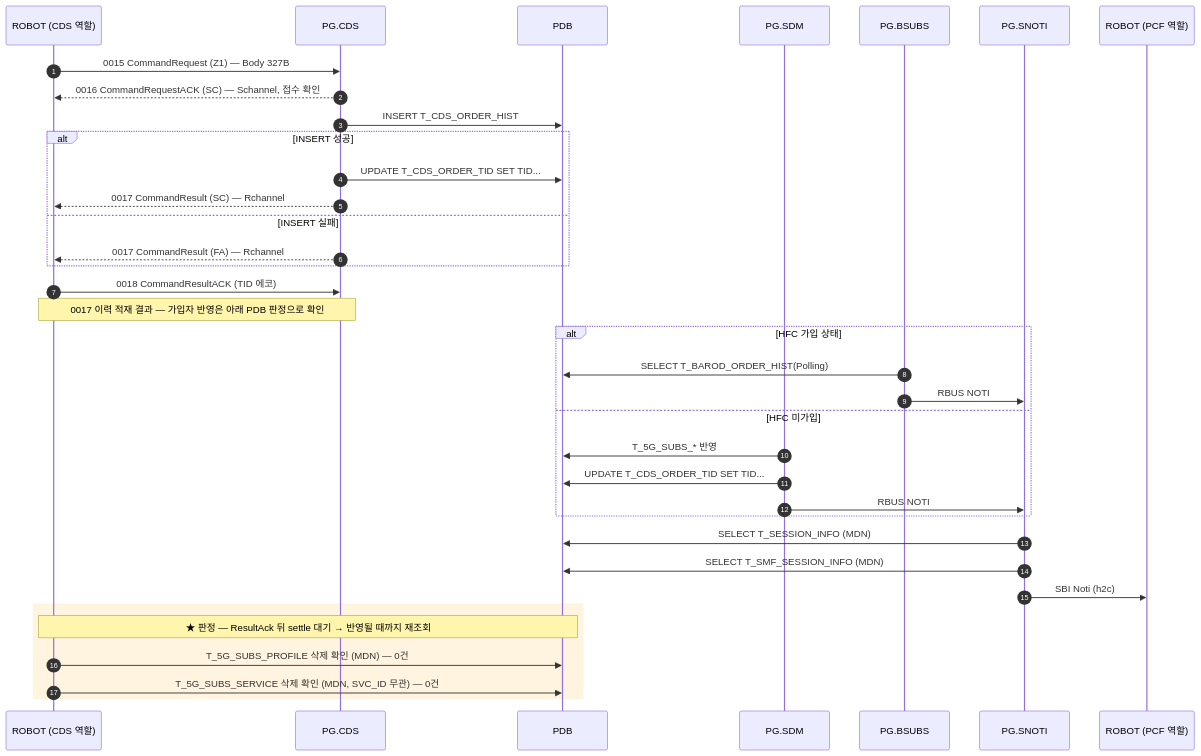
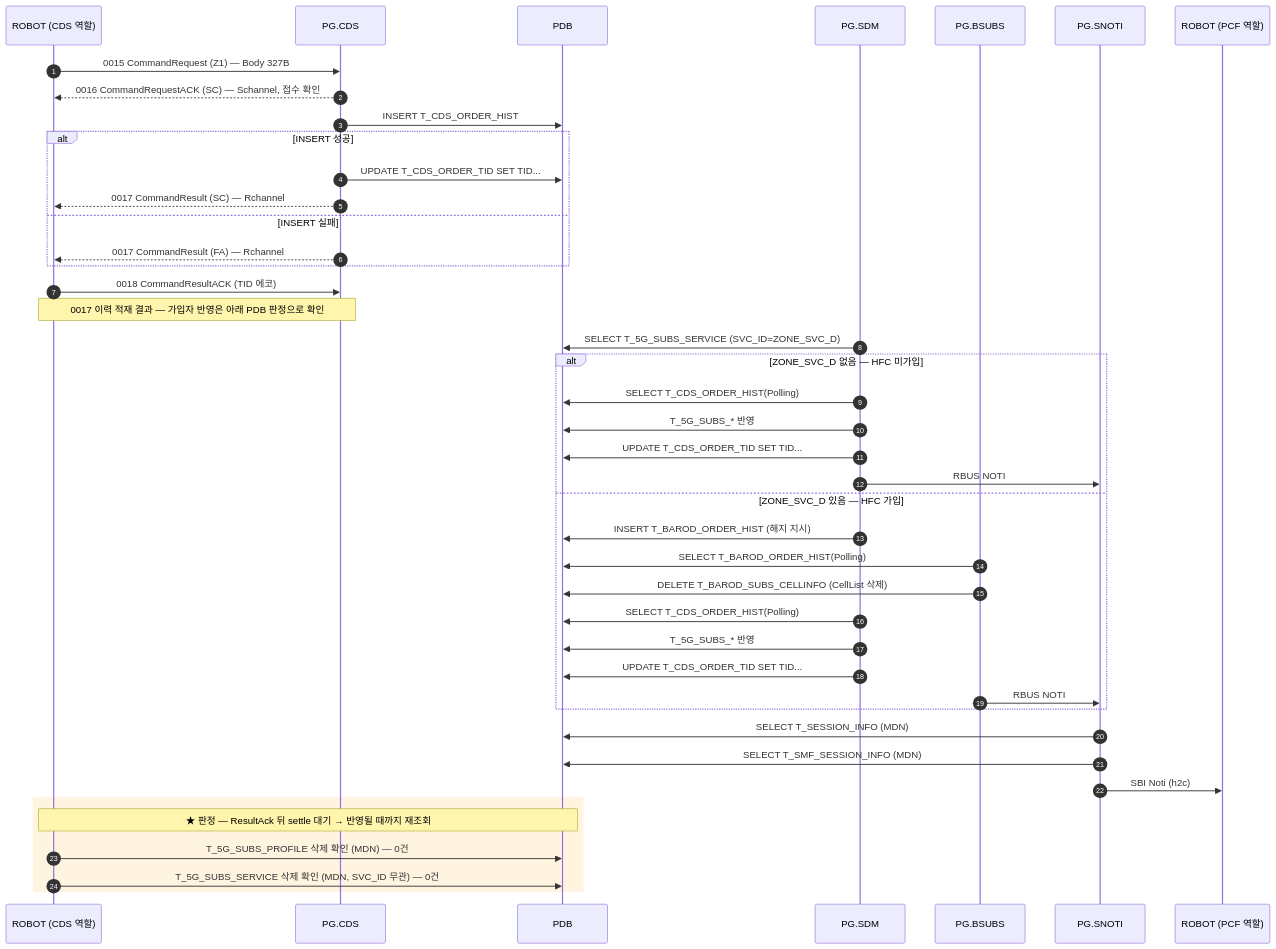
Before and after one commit to IanKim2030/tc4robot: the diagram in docs/callflow/CDS_Z1.md, drawn with Mermaid. The commit also changed other lines of this file and 1 other file, not shown here.

Commit message:
docs: Z1 에 HFC Cell 정리 분기를 그린다
Z1(가입해지)이 일반 BSUBS/SDM 분기를 쓰고 있었는데, 실제로는 HFC 가
붙어 있으면 Cell 정보까지 지워야 끝난다. 분기 판정 자체가 ZONE_SVC_D
조회다.

    SDM->>PDB: SELECT T_5G_SUBS_SERVICE (SVC_ID=ZONE_SVC_D)
    alt ZONE_SVC_D 없음 — HFC 미가입
        (SDM 3단계) → SDM->>SNOTI: RBUS NOTI
    else ZONE_SVC_D 있음 — HFC 가입
        SDM->>PDB:   INSERT T_BAROD_ORDER_HIST (해지 지시)
        BSUBS->>PDB: SELECT T_BAROD_ORDER_HIST(Polling)
        BSUBS->>PDB: DELETE T_BAROD_SUBS_CELLINFO (CellList 삭제)
        (SDM 3단계) → BSUBS->>SNOTI: RBUS NOTI
    end

Cell 정리를 **먼저** 끝내고 가입자 테이블을 지운다. 순서가 뒤집히면
ZONE_SVC_D 가 먼저 사라져 BSUBS 가 지울 대상을 잃는다. 그래서 SDM
3단계는 양쪽 분기에서 정확히 한 번씩이다.

Z1 만 특수 분기이고 같은 규칙을 쓰는 C1/G1/D3 은 일반 분기 그대로다
(해지가 아니라 변경이라 Cell 정리가 딸려 오지 않는다).

mermaid 21블록 파싱 문제 0건.

````diff
--- a/docs/callflow/CDS_Z1.md
+++ b/docs/callflow/CDS_Z1.md
@@ -17,40 +17,47 @@
 ```mermaid
 sequenceDiagram
     autonumber
     participant TOOL as ROBOT (CDS 역할)
     participant PCDS as PG.CDS
     participant PDB as PDB
     participant SDM as PG.SDM
     participant BSUBS as PG.BSUBS
     participant SNOTI as PG.SNOTI
     participant PCF as ROBOT (PCF 역할)
 
     TOOL->>PCDS: 0015 CommandRequest (Z1) — Body 327B
     PCDS-->>TOOL: 0016 CommandRequestACK (SC) — Schannel, 접수 확인
     PCDS->>PDB: INSERT T_CDS_ORDER_HIST
     alt INSERT 성공
         PCDS->>PDB: UPDATE T_CDS_ORDER_TID SET TID...
         PCDS-->>TOOL: 0017 CommandResult (SC) — Rchannel
     else INSERT 실패
         PCDS-->>TOOL: 0017 CommandResult (FA) — Rchannel
     end
     TOOL->>PCDS: 0018 CommandResultACK (TID 에코)
     Note over TOOL,PCDS: 0017 이력 적재 결과 — 가입자 반영은 아래 PDB 판정으로 확인
 
-    alt HFC 가입 상태
-        BSUBS->>PDB: SELECT T_BAROD_ORDER_HIST(Polling)
-        BSUBS->>SNOTI: RBUS NOTI
-    else HFC 미가입
+    SDM->>PDB: SELECT T_5G_SUBS_SERVICE (SVC_ID=ZONE_SVC_D)
+    alt ZONE_SVC_D 없음 — HFC 미가입
+        SDM->>PDB: SELECT T_CDS_ORDER_HIST(Polling)
         SDM->>PDB: T_5G_SUBS_* 반영
         SDM->>PDB: UPDATE T_CDS_ORDER_TID SET TID...
         SDM->>SNOTI: RBUS NOTI
+    else ZONE_SVC_D 있음 — HFC 가입
+        SDM->>PDB: INSERT T_BAROD_ORDER_HIST (해지 지시)
+        BSUBS->>PDB: SELECT T_BAROD_ORDER_HIST(Polling)
+        BSUBS->>PDB: DELETE T_BAROD_SUBS_CELLINFO (CellList 삭제)
+        SDM->>PDB: SELECT T_CDS_ORDER_HIST(Polling)
+        SDM->>PDB: T_5G_SUBS_* 반영
+        SDM->>PDB: UPDATE T_CDS_ORDER_TID SET TID...
+        BSUBS->>SNOTI: RBUS NOTI
     end
     SNOTI->>PDB: SELECT T_SESSION_INFO (MDN)
     SNOTI->>PDB: SELECT T_SMF_SESSION_INFO (MDN)
     SNOTI->>PCF: SBI Noti (h2c)
     rect rgba(255, 176, 32, 0.14)
     Note over TOOL,PDB: ★ 판정 — ResultAck 뒤 settle 대기 → 반영될 때까지 재조회
         TOOL->>PDB: T_5G_SUBS_PROFILE 삭제 확인 (MDN) — 0건
         TOOL->>PDB: T_5G_SUBS_SERVICE 삭제 확인 (MDN, SVC_ID 무관) — 0건
     end
 ```
````
